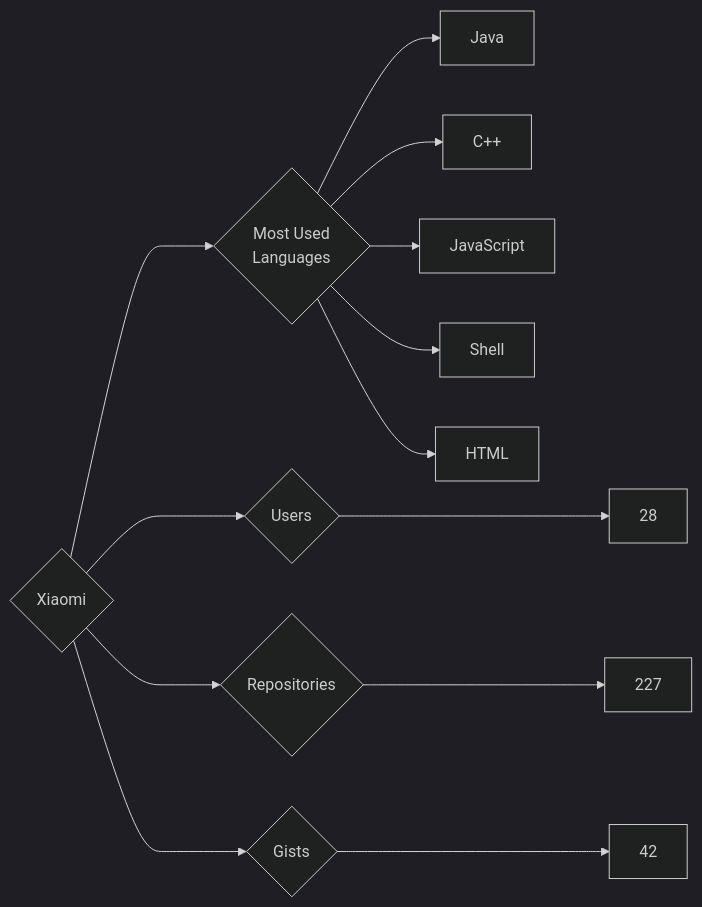
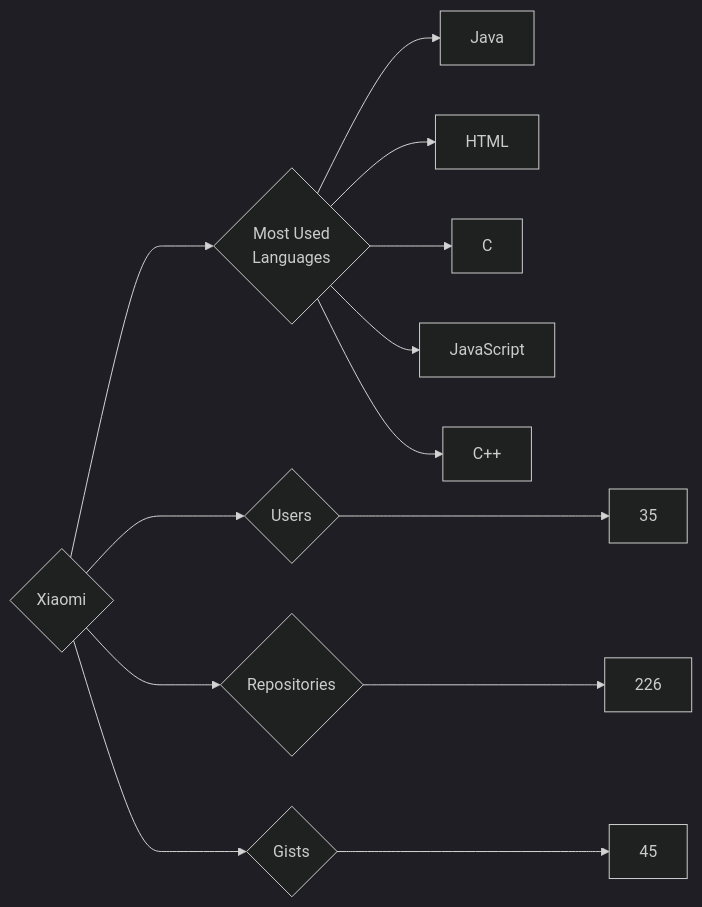
One commit to trickest/insiders changed the diagram in targets/Xiaomi/README.md. Above: the diagram before and after it, drawn with Mermaid (dark theme). The commit also changed 851 other files, not shown here.

````diff
--- a/targets/Xiaomi/README.md
+++ b/targets/Xiaomi/README.md
@@ -3,13 +3,13 @@
 ```mermaid
 graph LR
 COMPANY_NAME{Xiaomi}
-COMPANY_NAME ---> U{Users} ---> UN[28]
-COMPANY_NAME ---> R{Repositories} ---> RN[227]
-COMPANY_NAME ---> G{Gists} ---> GN[42]
+COMPANY_NAME ---> U{Users} ---> UN[35]
+COMPANY_NAME ---> R{Repositories} ---> RN[226]
+COMPANY_NAME ---> G{Gists} ---> GN[45]
 COMPANY_NAME ---> ML{Most Used<br>Languages}
 ML --> Java[Java]
+ML --> HTML[HTML]
+ML --> C[C]
+ML --> JavaScript[JavaScript]
 ML --> C++[C++]
-ML --> JavaScript[JavaScript]
-ML --> Shell[Shell]
-ML --> HTML[HTML]
 ```
````
